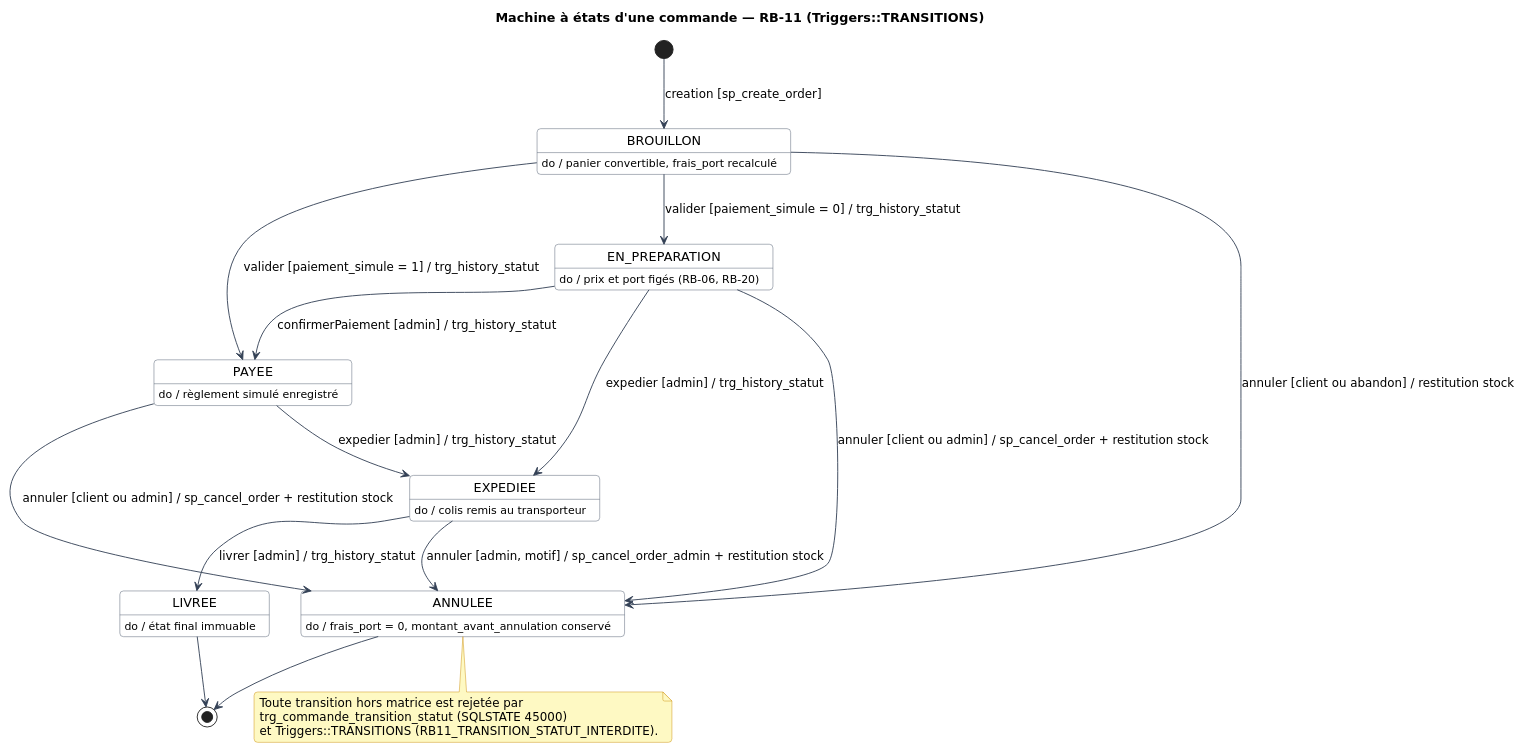
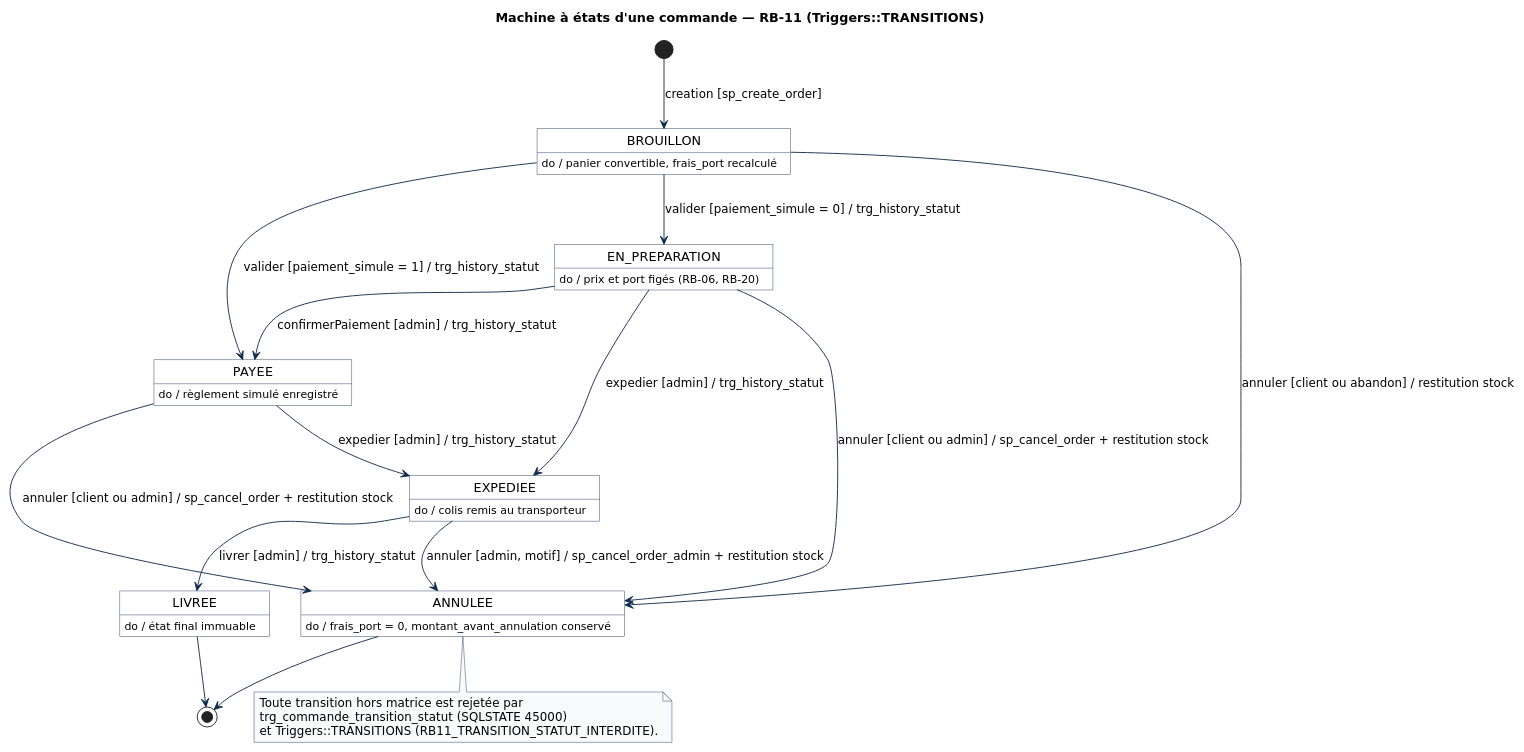
Before and after one commit to jojo8356/SAE-302: the diagram in docs/diagrams/src/etats_commande.puml, drawn with PlantUML. The commit also changed 148 other files, not shown here.

Commit message:
docs: align UML diagrams, markdown docs & regenerate academic deliverables

```diff
--- a/docs/diagrams/src/etats_commande.puml
+++ b/docs/diagrams/src/etats_commande.puml
@@ -1,44 +1,44 @@
 @startuml etats_commande
 title Machine à états d'une commande — RB-11 (Triggers::TRANSITIONS)
 
 skinparam shadowing false
-skinparam roundcorner 8
+skinparam roundcorner 0
 skinparam defaultFontName "DejaVu Sans"
-skinparam ArrowColor #334155
+skinparam ArrowColor #0F294A
 skinparam StateBackgroundColor #FFFFFF
-skinparam StateBorderColor #475569
-skinparam NoteBackgroundColor #FEF9C3
-skinparam NoteBorderColor #CA8A04
+skinparam StateBorderColor #1E3A5F
+skinparam NoteBackgroundColor #F8FAFC
+skinparam NoteBorderColor #1E3A5F
 
 [*] --> BROUILLON : creation [sp_create_order]
 
 BROUILLON : do / panier convertible, frais_port recalculé
 BROUILLON --> EN_PREPARATION : valider [paiement_simule = 0] / trg_history_statut
 BROUILLON --> PAYEE : valider [paiement_simule = 1] / trg_history_statut
 BROUILLON --> ANNULEE : annuler [client ou abandon] / restitution stock
 
 EN_PREPARATION : do / prix et port figés (RB-06, RB-20)
 EN_PREPARATION --> PAYEE : confirmerPaiement [admin] / trg_history_statut
 EN_PREPARATION --> EXPEDIEE : expedier [admin] / trg_history_statut
 EN_PREPARATION --> ANNULEE : annuler [client ou admin] / sp_cancel_order + restitution stock
 
 PAYEE : do / règlement simulé enregistré
 PAYEE --> EXPEDIEE : expedier [admin] / trg_history_statut
 PAYEE --> ANNULEE : annuler [client ou admin] / sp_cancel_order + restitution stock
 
 EXPEDIEE : do / colis remis au transporteur
 EXPEDIEE --> LIVREE : livrer [admin] / trg_history_statut
 EXPEDIEE --> ANNULEE : annuler [admin, motif] / sp_cancel_order_admin + restitution stock
 
 LIVREE : do / état final immuable
 ANNULEE : do / frais_port = 0, montant_avant_annulation conservé
 
 LIVREE --> [*]
 ANNULEE --> [*]
 
 note bottom of ANNULEE
   Toute transition hors matrice est rejetée par
   trg_commande_transition_statut (SQLSTATE 45000)
   et Triggers::TRANSITIONS (RB11_TRANSITION_STATUT_INTERDITE).
 end note
 @enduml
```
